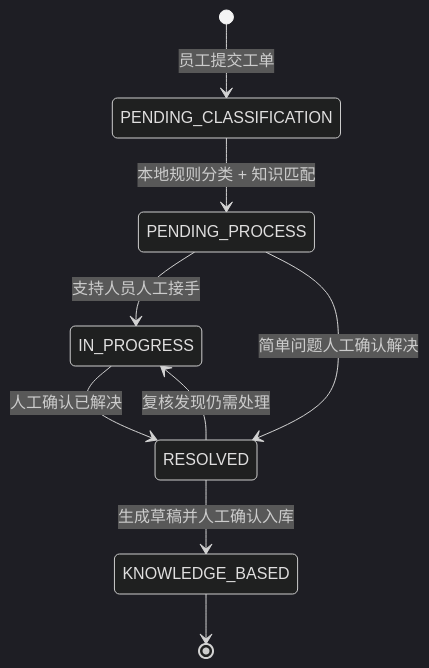
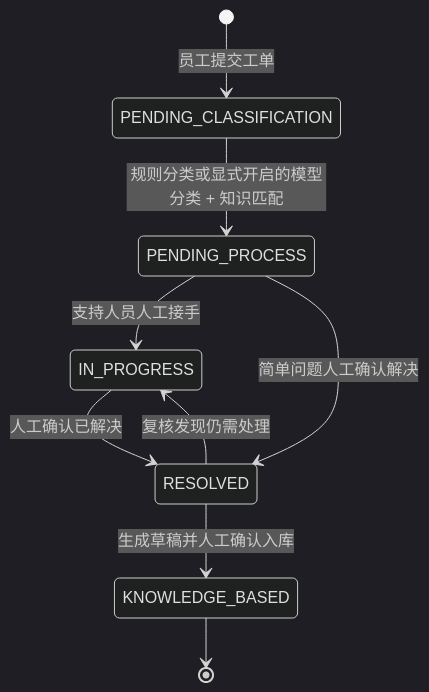
The second of 4 diagrams in docs/architecture.md (jameswilson87156-del/enterprise-ai-ticket-copilot), drawn with Mermaid (dark theme) before and after one commit. The commit also changed other lines of this file and 26 other files, not shown here.

````diff
--- a/docs/architecture.md
+++ b/docs/architecture.md
@@ -49,12 +52,12 @@
 ```mermaid
 stateDiagram-v2
   [*] --> PENDING_CLASSIFICATION: 员工提交工单
-  PENDING_CLASSIFICATION --> PENDING_PROCESS: 本地规则分类 + 知识匹配
+  PENDING_CLASSIFICATION --> PENDING_PROCESS: 规则分类或显式开启的模型分类 + 知识匹配
   PENDING_PROCESS --> IN_PROGRESS: 支持人员人工接手
   IN_PROGRESS --> RESOLVED: 人工确认已解决
   RESOLVED --> KNOWLEDGE_BASED: 生成草稿并人工确认入库
   KNOWLEDGE_BASED --> [*]
 
   PENDING_PROCESS --> RESOLVED: 简单问题人工确认解决
 RESOLVED --> IN_PROGRESS: 复核发现仍需处理
 ```
````
